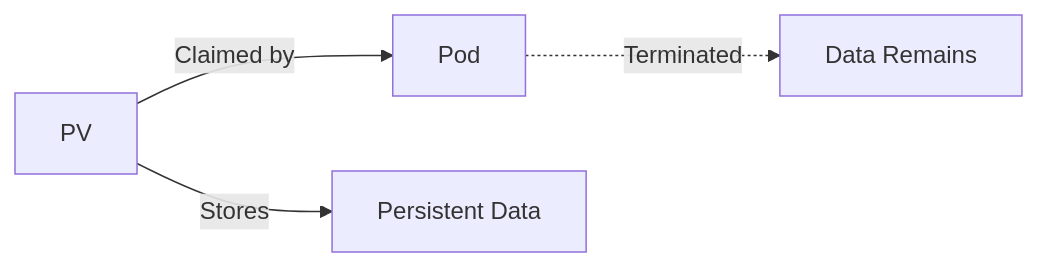
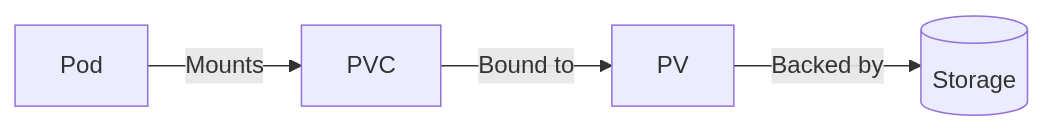
The diagram in Kubernetes/Storage/Storage.md (danialrostami/Devops-Doc), drawn with Mermaid before and after one commit. The commit also changed other lines of this file, not shown here.

````diff
--- a/Kubernetes/Storage/Storage.md
+++ b/Kubernetes/Storage/Storage.md
@@ -79,6 +61,6 @@
 ```mermaid
 graph LR
-    A[PV] -->|Claimed by| B[Pod]
-    A -->|Stores| C[Persistent Data]
-    B -.->|Terminated| D[Data Remains]
+    A[Pod] -->|Mounts| B[PVC]
+    B -->|Bound to| C[PV]
+    C -->|Backed by| D[(Storage)]
 ```
````
